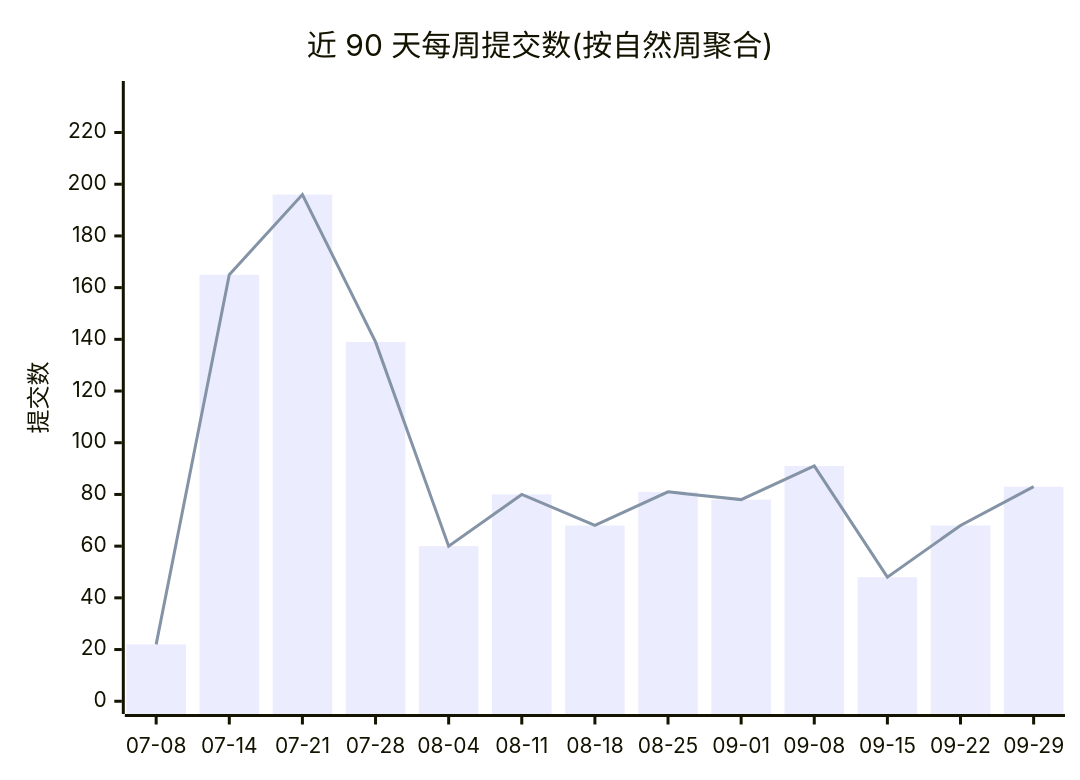
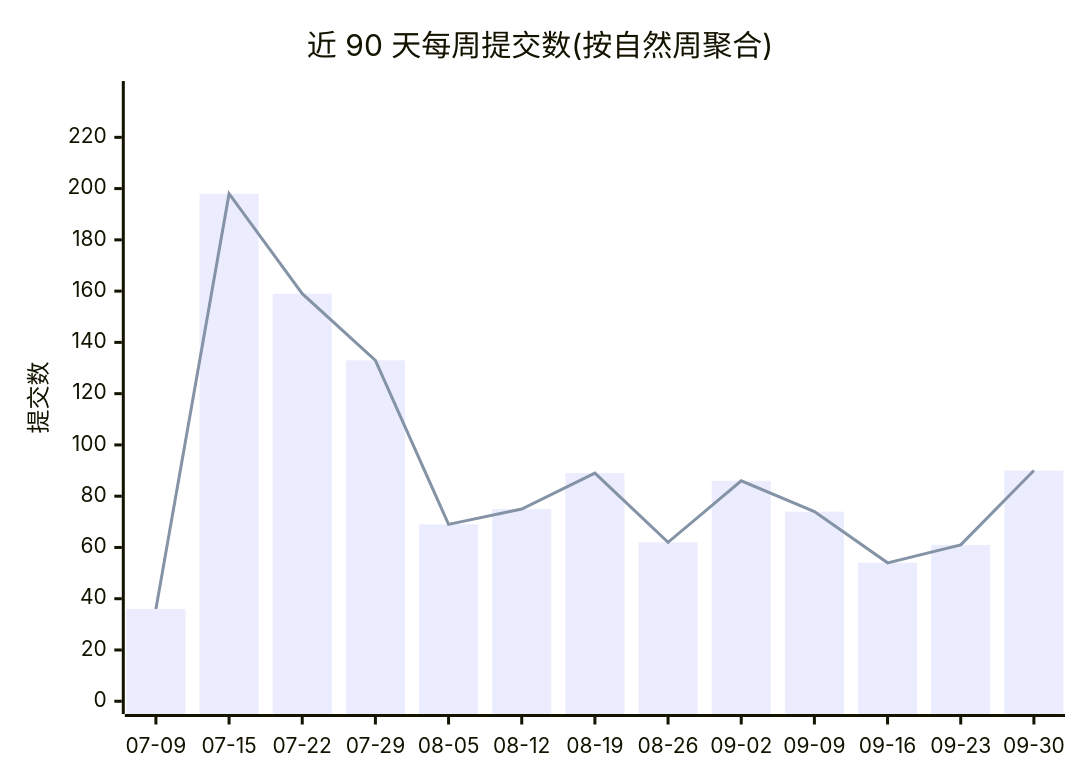
The first of 2 diagrams in profile/README.md (Conflux-Union/.github), drawn with Mermaid before and after one commit. The commit also changed other lines of this file and 1 other file, not shown here.

````diff
--- a/profile/README.md
+++ b/profile/README.md
@@ -44,8 +44,8 @@
 ```mermaid
 xychart-beta
     title "近 90 天每周提交数(按自然周聚合)"
-    x-axis ["07-08", "07-14", "07-21", "07-28", "08-04", "08-11", "08-18", "08-25", "09-01", "09-08", "09-15", "09-22", "09-29"]
-    y-axis "提交数" 0 --> 235
-    bar [22, 165, 196, 139, 60, 80, 68, 81, 78, 91, 48, 68, 83]
-    line [22, 165, 196, 139, 60, 80, 68, 81, 78, 91, 48, 68, 83]
+    x-axis ["07-09", "07-15", "07-22", "07-29", "08-05", "08-12", "08-19", "08-26", "09-02", "09-09", "09-16", "09-23", "09-30"]
+    y-axis "提交数" 0 --> 237
+    bar [36, 198, 159, 133, 69, 75, 89, 62, 86, 74, 54, 61, 90]
+    line [36, 198, 159, 133, 69, 75, 89, 62, 86, 74, 54, 61, 90]
 ```
````
